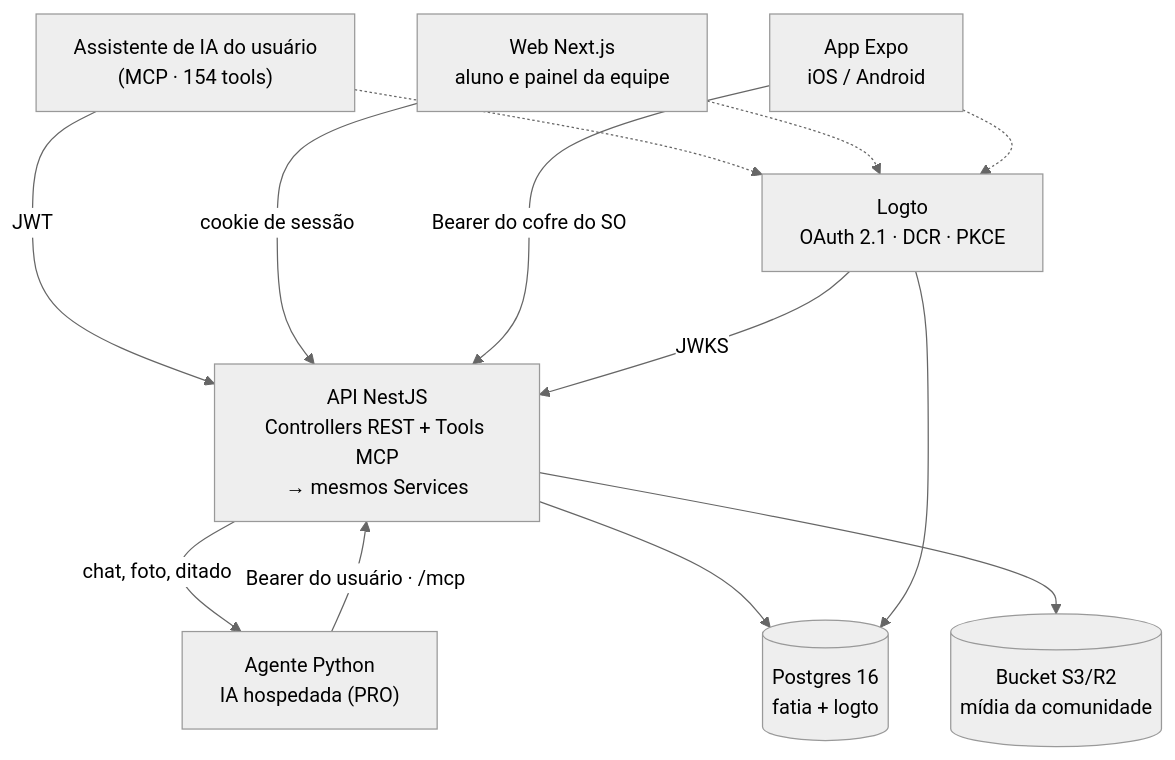
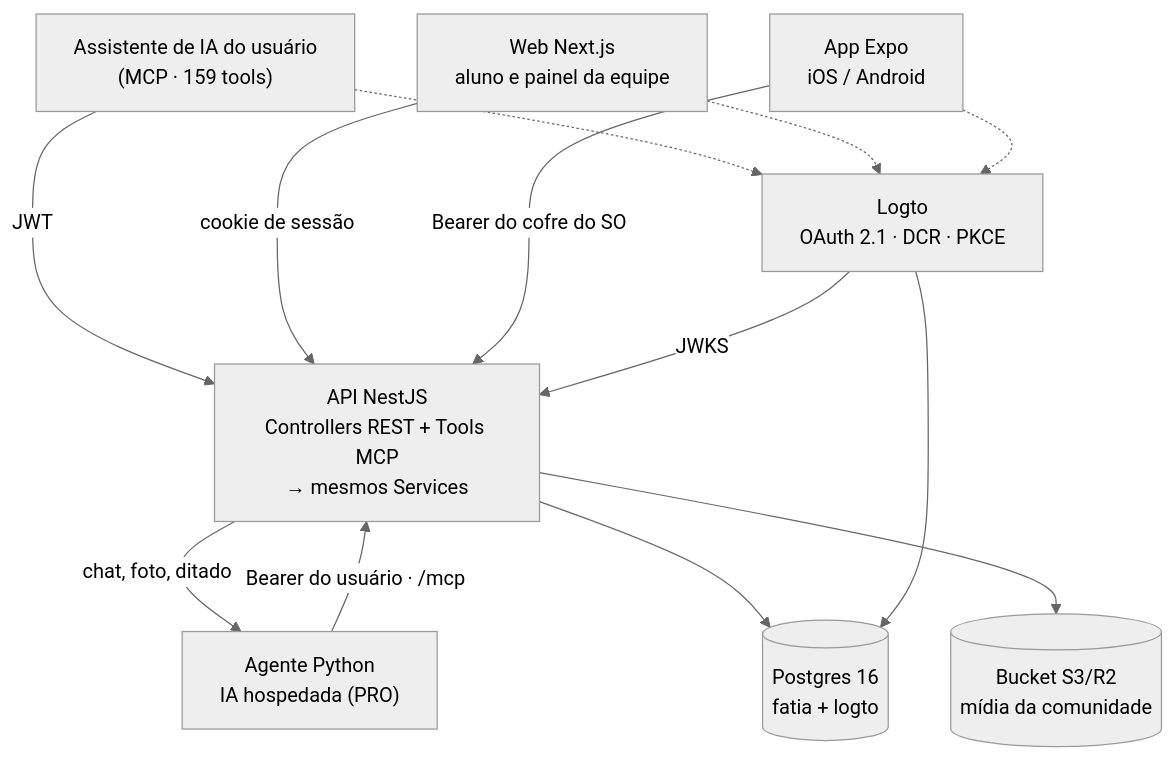
One commit to ThiagoCarreiraVallim/fatia changed the diagram in README.md. Above: the diagram before and after it, drawn with Mermaid (neutral theme). The commit also changed other lines of this file and 8 other files, not shown here.

Commit message:
docs(mcp): tools da enquete e do bloqueio, contagens e medições regeneradas (#394)

````diff
--- a/README.md
+++ b/README.md
@@ -33,24 +33,24 @@
 ```mermaid
 flowchart TD
-    claude["Assistente de IA do usuário<br/>(MCP · 154 tools)"]
+    claude["Assistente de IA do usuário<br/>(MCP · 159 tools)"]
     pwa["Web Next.js<br/>aluno e painel da equipe"]
     mobile["App Expo<br/>iOS / Android"]
     agent["Agente Python<br/>IA hospedada (PRO)"]
     logto["Logto<br/>OAuth 2.1 · DCR · PKCE"]
     api["API NestJS<br/>Controllers REST + Tools MCP<br/>→ mesmos Services"]
     pg[("Postgres 16<br/>fatia + logto")]
     s3[("Bucket S3/R2<br/>mídia da comunidade")]
 
     claude -- "JWT" --> api
     pwa -- "cookie de sessão" --> api
     mobile -- "Bearer do cofre do SO" --> api
     api -- "chat, foto, ditado" --> agent
     agent -- "Bearer do usuário · /mcp" --> api
     claude -.-> logto
     pwa -.-> logto
     mobile -.-> logto
     logto -- "JWKS" --> api
     api --> pg
     api --> s3
     logto --> pg
 ```
````
